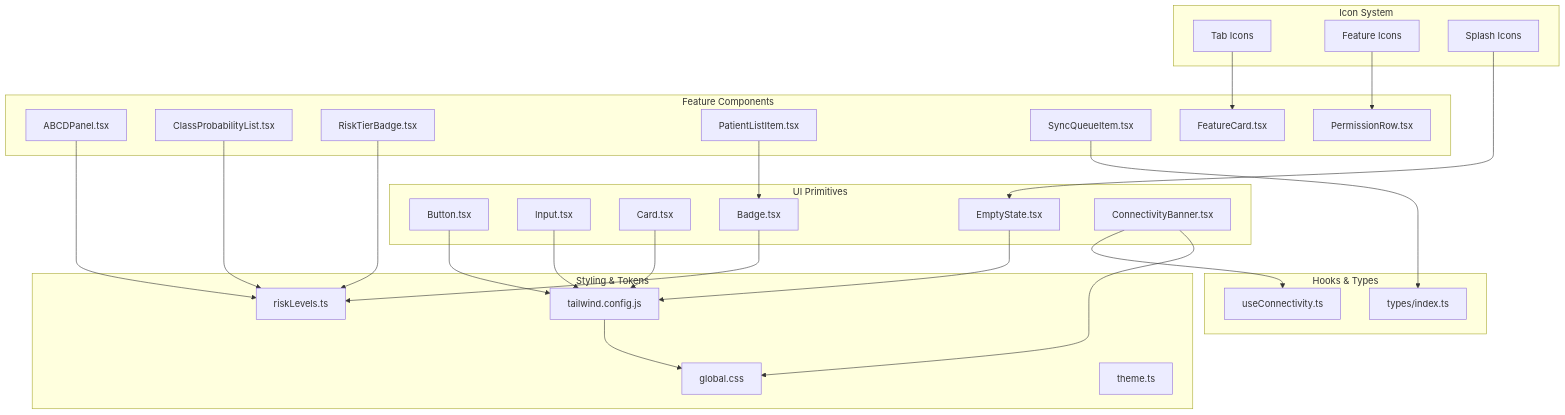
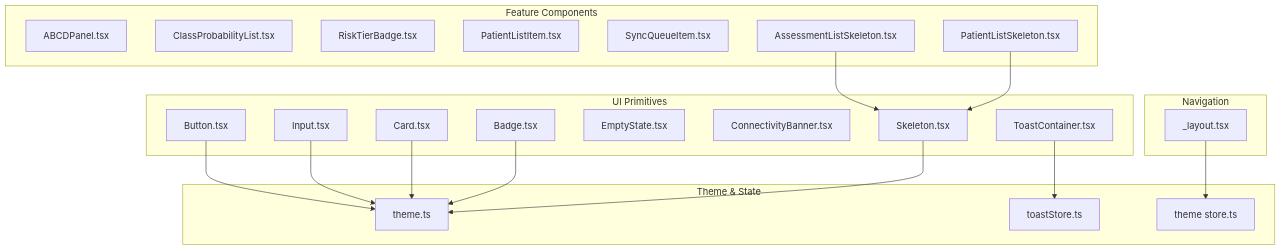
The first of 12 diagrams in .qoder/repowiki/en/content/UI Components Library/UI Components Library.md (AdeelTahir-SE/DermSight), drawn with Mermaid before and after one commit. The commit also changed other lines of this file and 43 other files, not shown here.

````diff
--- a/.qoder/repowiki/en/content/UI Components Library/UI Components Library.md
+++ b/.qoder/repowiki/en/content/UI Components Library/UI Components Library.md
@@ -54,51 +62,39 @@
 ```mermaid
 graph TB
 subgraph "UI Primitives"
 B["Button.tsx"]
 I["Input.tsx"]
 C["Card.tsx"]
 BD["Badge.tsx"]
 ES["EmptyState.tsx"]
 CB["ConnectivityBanner.tsx"]
+SK["Skeleton.tsx"]
+TC["ToastContainer.tsx"]
 end
 subgraph "Feature Components"
 ABCD["ABCDPanel.tsx"]
 CPL["ClassProbabilityList.tsx"]
 RTB["RiskTierBadge.tsx"]
 PLI["PatientListItem.tsx"]
 SQI["SyncQueueItem.tsx"]
-FC["FeatureCard.tsx"]
-PR["PermissionRow.tsx"]
+ALS["AssessmentListSkeleton.tsx"]
+PLS["PatientListSkeleton.tsx"]
 end
-subgraph "Icon System"
-TI["Tab Icons"]
-FI["Feature Icons"]
-SI["Splash Icons"]
+subgraph "Theme & State"
+TH["theme.ts"]
+TS["toastStore.ts"]
+TSM["theme store.ts"]
 end
-subgraph "Styling & Tokens"
-TW["tailwind.config.js"]
-GCSS["global.css"]
-TH["theme.ts"]
-RL["riskLevels.ts"]
+subgraph "Navigation"
+TL["_layout.tsx"]
 end
-subgraph "Hooks & Types"
-UC["useConnectivity.ts"]
-TYP["types/index.ts"]
-end
-B --> TW
-I --> TW
-C --> TW
-BD --> RL
-ES --> TW
-CB --> UC
-ABCD --> RL
-CPL --> RL
-RTB --> RL
-PLI --> BD
-SQI --> TYP
-CB --> GCSS
-TW --> GCSS
-TI --> FC
-FI --> PR
-SI --> ES
+B --> TH
+I --> TH
+C --> TH
+BD --> TH
+SK --> TH
+TC --> TS
+ALS --> SK
+PLS --> SK
+TL --> TSM
 ```
````
